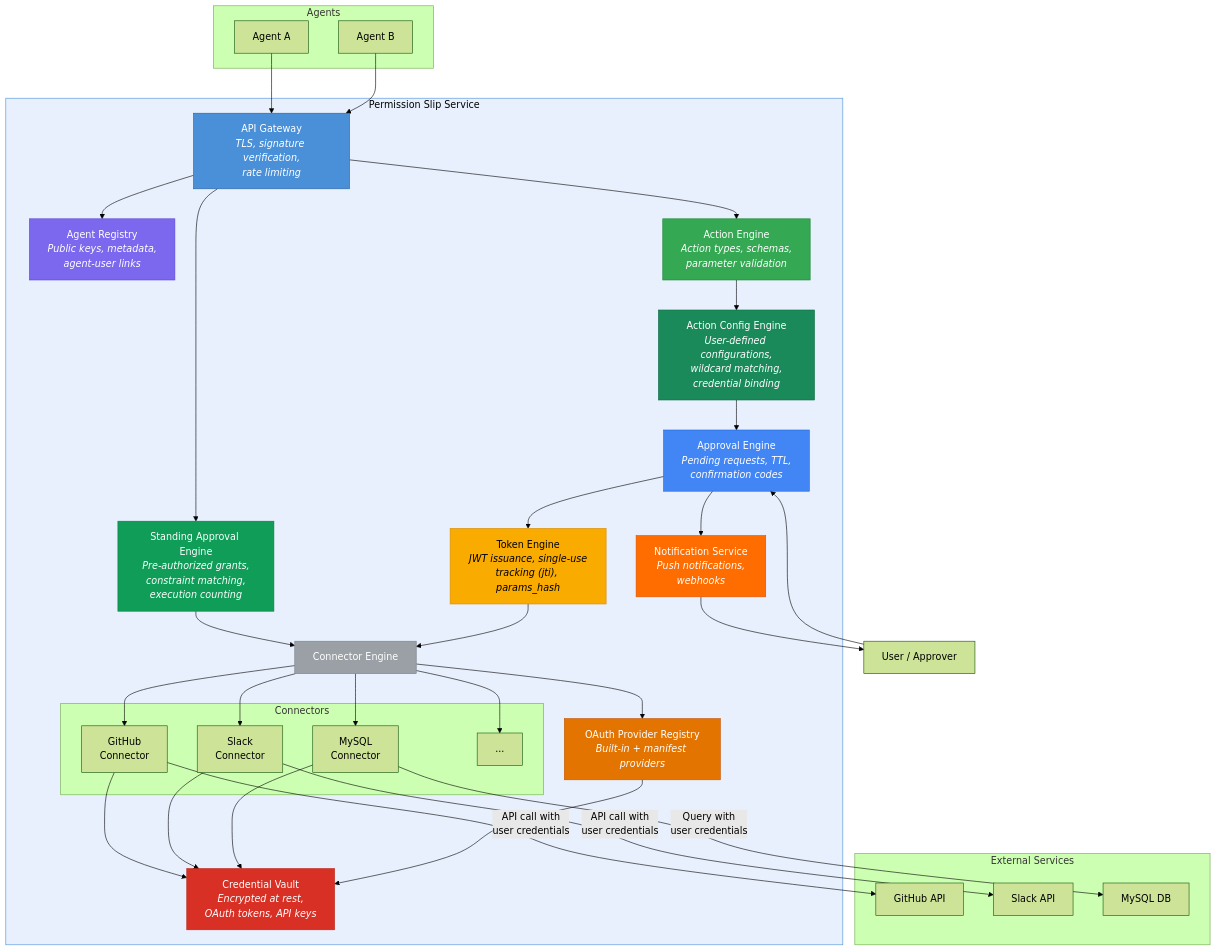
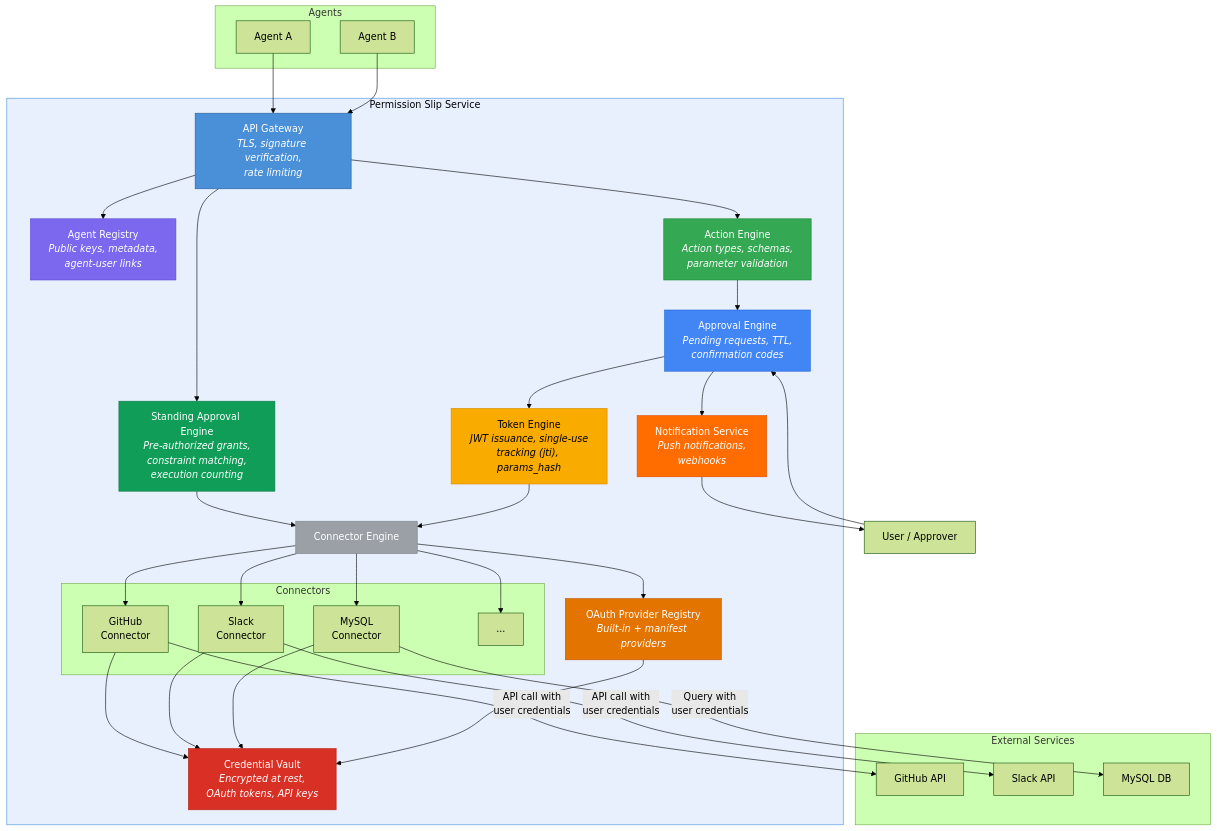
One commit to supersuit-tech/permission-slip changed the second of 6 diagrams in docs/architecture.md. Above: the diagram before and after it, drawn with Mermaid (forest theme). The commit also changed other lines of this file and 4 other files, not shown here.

````diff
--- a/docs/architecture.md
+++ b/docs/architecture.md
@@ -34,71 +34,68 @@
 ```mermaid
 graph TB
     subgraph Agents
         A1["Agent A"]
         A2["Agent B"]
     end
 
     subgraph PS ["Permission Slip Service"]
         GW["API Gateway<br/><i>TLS, signature verification,<br/>rate limiting</i>"]
         AR["Agent Registry<br/><i>Public keys, metadata,<br/>agent-user links</i>"]
         AE["Action Engine<br/><i>Action types, schemas,<br/>parameter validation</i>"]
-        AC["Action Config Engine<br/><i>User-defined configurations,<br/>wildcard matching,<br/>credential binding</i>"]
         APR["Approval Engine<br/><i>Pending requests, TTL,<br/>confirmation codes</i>"]
         TE["Token Engine<br/><i>JWT issuance, single-use<br/>tracking (jti), params_hash</i>"]
         SA["Standing Approval Engine<br/><i>Pre-authorized grants,<br/>constraint matching,<br/>execution counting</i>"]
         NS["Notification Service<br/><i>Push notifications,<br/>webhooks</i>"]
         CV["Credential Vault<br/><i>Encrypted at rest,<br/>OAuth tokens, API keys</i>"]
         OR["OAuth Provider Registry<br/><i>Built-in + manifest providers</i>"]
         CE["Connector Engine"]
 
         subgraph Connectors
             GC["GitHub<br/>Connector"]
             SlC["Slack<br/>Connector"]
             MC["MySQL<br/>Connector"]
             OC["..."]
         end
     end
 
     subgraph External ["External Services"]
         GH["GitHub API"]
         SlAPI["Slack API"]
         MySQL["MySQL DB"]
     end
 
     User["User / Approver"]
 
     A1 & A2 --> GW
     GW --> AR
     GW --> AE
-    AE --> AC
-    AC --> APR
+    AE --> APR
     APR --> NS
     NS --> User
     User --> APR
     APR --> TE
     GW --> SA
     SA --> CE
     TE --> CE
     CE --> GC & SlC & MC & OC
     GC --> CV
     SlC --> CV
     MC --> CV
     OR --> CV
     CE --> OR
     GC -- "API call with<br/>user credentials" --> GH
     SlC -- "API call with<br/>user credentials" --> SlAPI
     MC -- "Query with<br/>user credentials" --> MySQL
 
     style PS fill:#E8F0FE,stroke:#4A90D9,color:#000
     style GW fill:#4A90D9,color:#fff,stroke:#2A5F9E
     style CV fill:#D93025,color:#fff,stroke:#B9200F
     style OR fill:#E37400,color:#fff,stroke:#C35400
     style TE fill:#F9AB00,color:#000,stroke:#D98B00
     style AR fill:#7B68EE,color:#fff,stroke:#5B48CE
     style AE fill:#34A853,color:#fff,stroke:#1A8833
-    style AC fill:#1B8A5A,color:#fff,stroke:#0D6B3F
     style APR fill:#4285F4,color:#fff,stroke:#2265D4
     style NS fill:#FF6D01,color:#fff,stroke:#DF4D00
     style SA fill:#0F9D58,color:#fff,stroke:#0B7A43
     style CE fill:#9AA0A6,color:#fff,stroke:#7A8086
 ```
````
